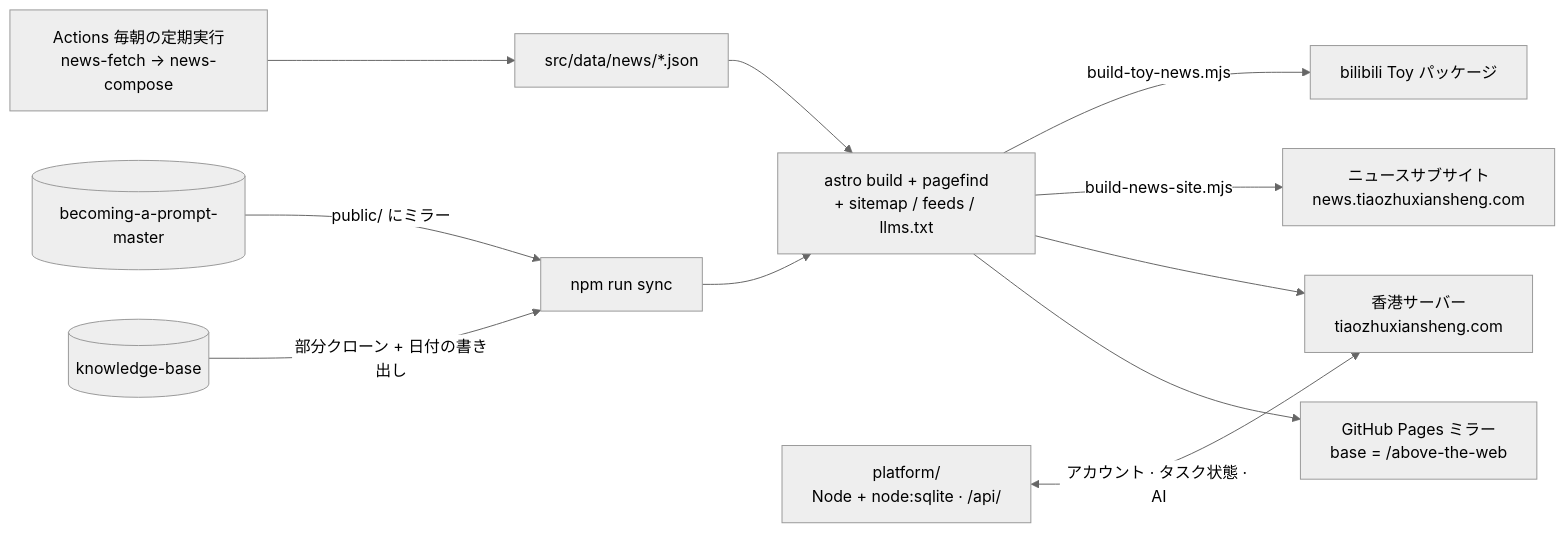
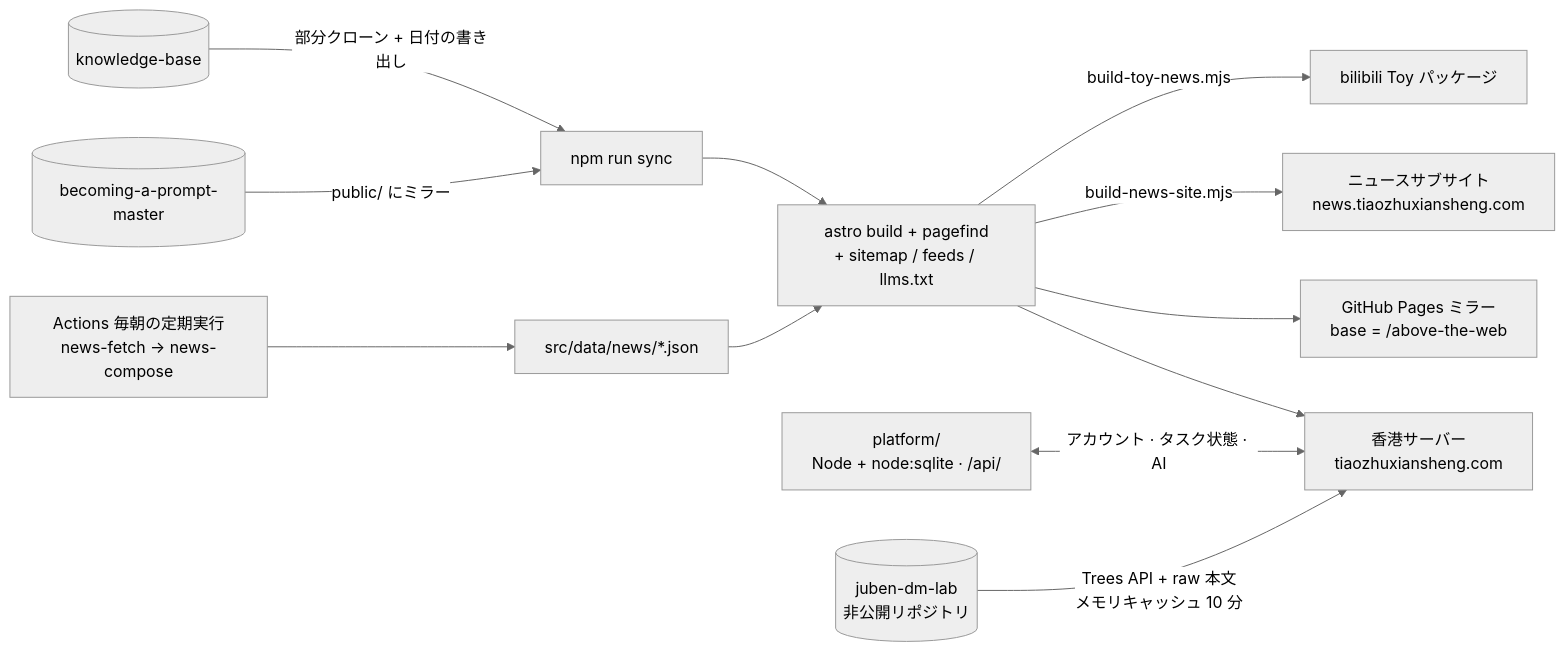
One commit to Mr-Salticidae/above-the-web changed the diagram in docs/README_JA.md. Above: the diagram before and after it, drawn with Mermaid (neutral theme). The commit also changed other lines of this file and 6 other files, not shown here.

````diff
--- a/docs/README_JA.md
+++ b/docs/README_JA.md
@@ -57,13 +62,14 @@
 ```mermaid
 flowchart LR
   KB[("knowledge-base")] -->|部分クローン + 日付の書き出し| SYNC["npm run sync"]
   PM[("becoming-a-prompt-master")] -->|public/ にミラー| SYNC
   CRON["Actions 毎朝の定期実行<br/>news-fetch → news-compose"] --> NEWS["src/data/news/*.json"]
   SYNC --> BUILD["astro build + pagefind<br/>+ sitemap / feeds / llms.txt"]
   NEWS --> BUILD
   BUILD --> PAGES["GitHub Pages ミラー<br/>base = /above-the-web"]
   BUILD --> HK["香港サーバー<br/>tiaozhuxiansheng.com"]
   BUILD -->|build-news-site.mjs| SUB["ニュースサブサイト<br/>news.tiaozhuxiansheng.com"]
   BUILD -->|build-toy-news.mjs| TOY["bilibili Toy パッケージ"]
   API["platform/<br/>Node + node:sqlite · /api/"] <-->|アカウント · タスク状態 · AI| HK
+  JB[("juben-dm-lab<br/>非公開リポジトリ")] -->|Trees API + raw 本文<br/>メモリキャッシュ 10 分| HK
 ```
````
